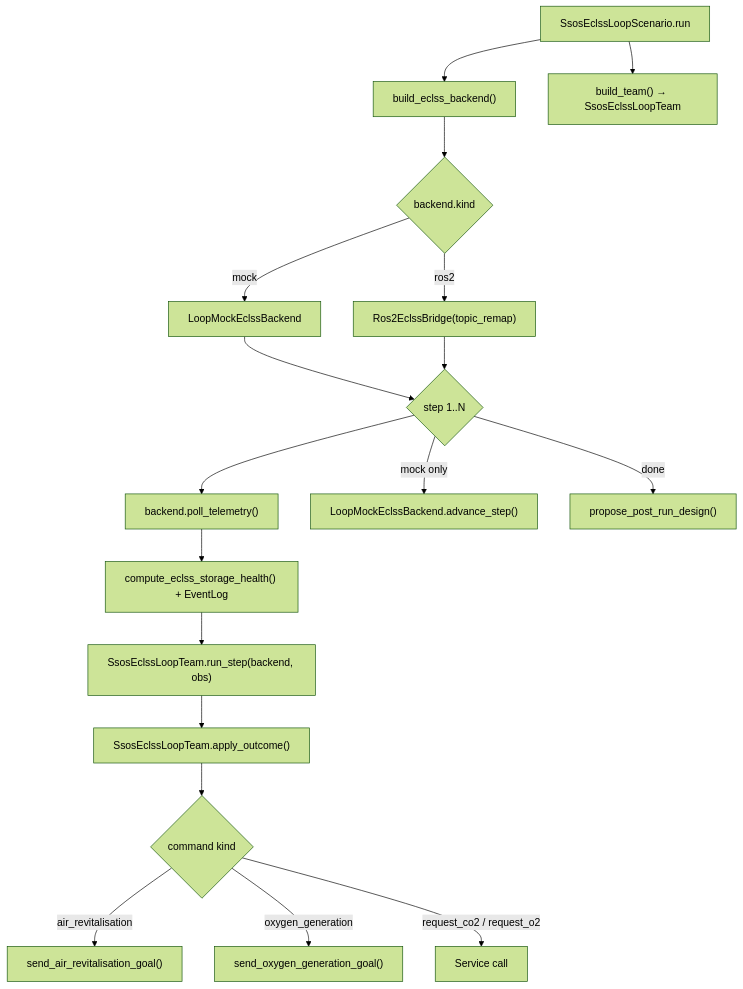
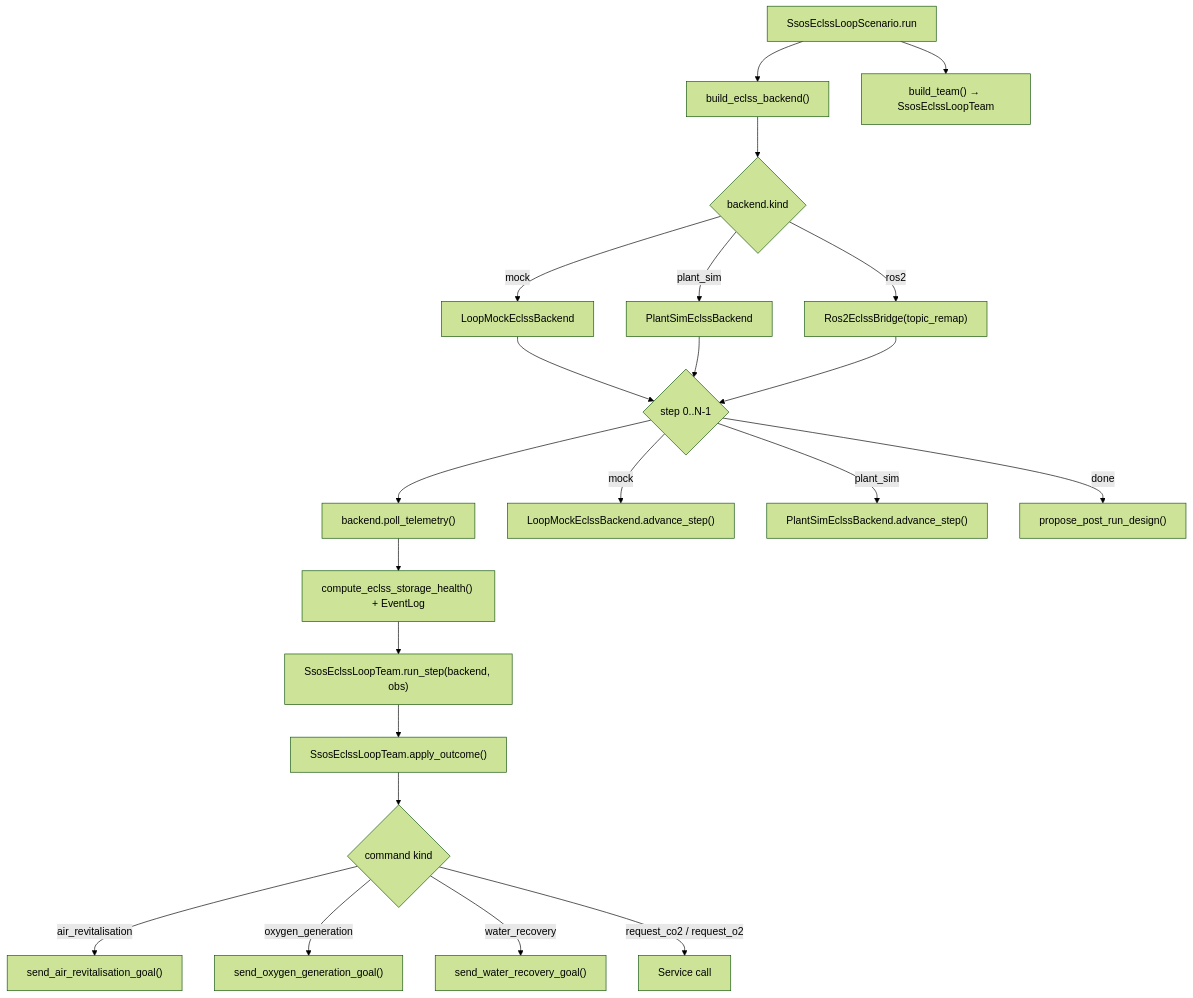
The fifth of 5 diagrams in docs/en/architecture.md (hirototamura/engineering_agents), drawn with Mermaid (forest theme) before and after one commit. The commit also changed other lines of this file and 20 other files, not shown here.

Commit message:
docs: sync ssos CLI defaults, WRS team, and plant_sim (#80)

````diff
--- a/docs/en/architecture.md
+++ b/docs/en/architecture.md
@@ -548,20 +553,24 @@
 ```mermaid
 flowchart TD
   A["SsosEclssLoopScenario.run"] --> B["build_eclss_backend()"]
   B --> B1{"backend.kind"}
   B1 -->|mock| B2["LoopMockEclssBackend"]
+  B1 -->|plant_sim| B2p["PlantSimEclssBackend"]
   B1 -->|ros2| B3["Ros2EclssBridge(topic_remap)"]
   A --> C["build_team() → SsosEclssLoopTeam"]
-  B2 --> D{"step 1..N"}
+  B2 --> D{"step 0..N-1"}
+  B2p --> D
   B3 --> D
   D --> E["backend.poll_telemetry()"]
   E --> F["compute_eclss_storage_health() + EventLog"]
   F --> G["SsosEclssLoopTeam.run_step(backend, obs)"]
   G --> H["SsosEclssLoopTeam.apply_outcome()"]
   H --> I{"command kind"}
   I -->|air_revitalisation| J["send_air_revitalisation_goal()"]
   I -->|oxygen_generation| K["send_oxygen_generation_goal()"]
+  I -->|water_recovery| Jw["send_water_recovery_goal()"]
   I -->|request_co2 / request_o2| L["Service call"]
-  D -->|mock only| M["LoopMockEclssBackend.advance_step()"]
+  D -->|mock| M["LoopMockEclssBackend.advance_step()"]
+  D -->|plant_sim| M2["PlantSimEclssBackend.advance_step()"]
   D -->|done| N["propose_post_run_design()"]
 ```
````
